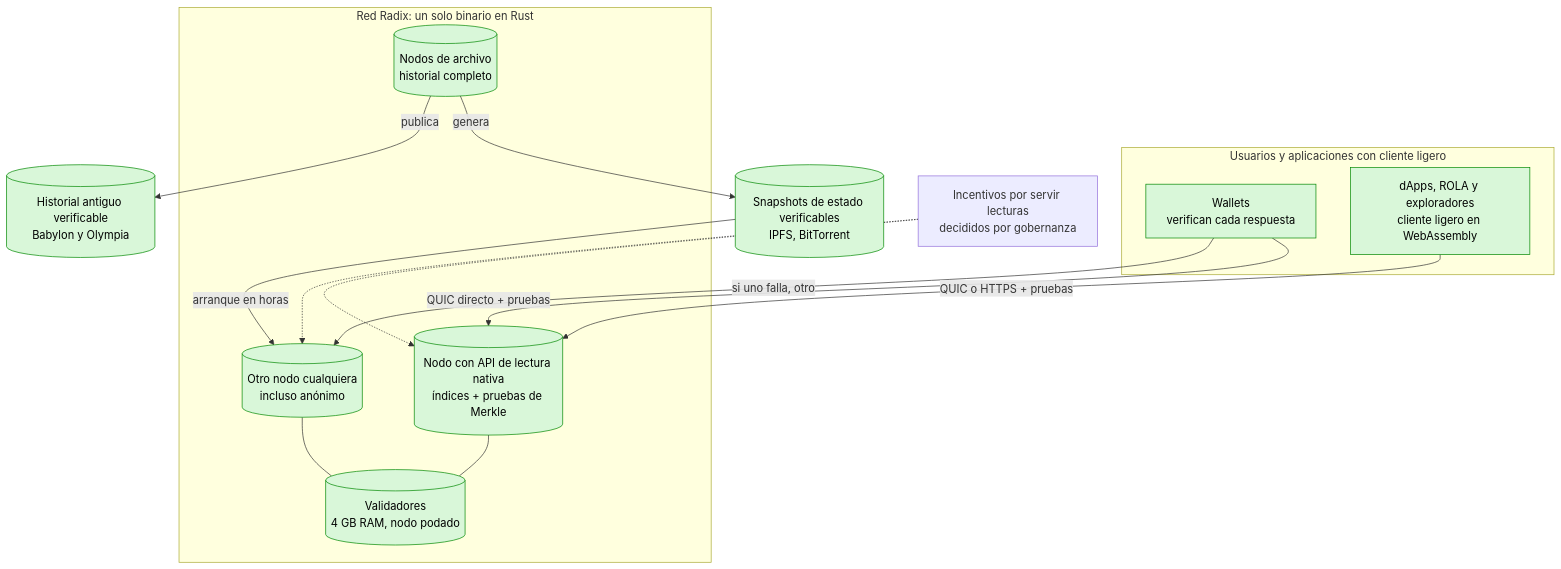
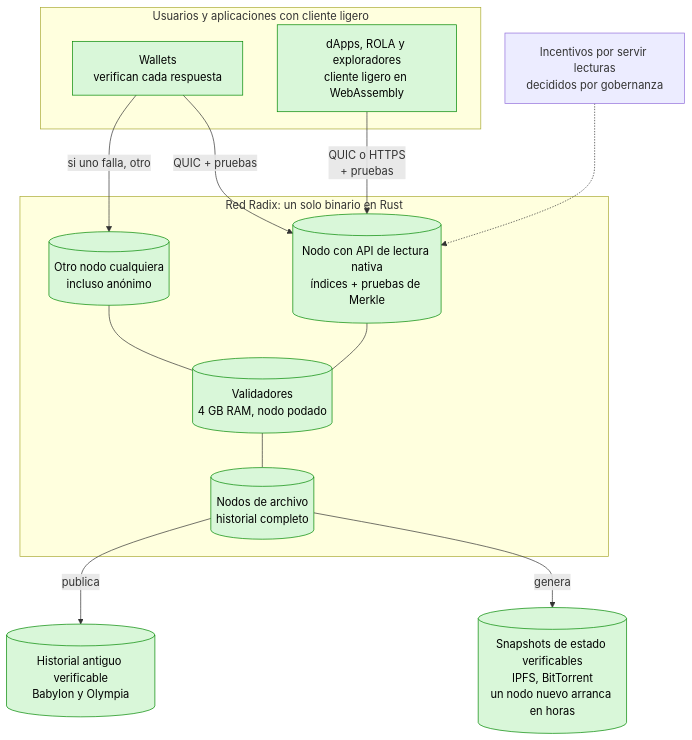
The fifth of 7 diagrams in docs/es/06-solucion-recomendada.md (dazligth/radix-decentralization-roadmap), drawn with Mermaid before and after one commit. The commit also changed other lines of this file and 9 other files, not shown here.

First line of the commit message:
Redesign diagrams for readability on GitHub

````diff
--- a/docs/es/06-solucion-recomendada.md
+++ b/docs/es/06-solucion-recomendada.md
@@ -202,28 +186,27 @@
 ```mermaid
 flowchart TB
     subgraph APPS["Usuarios y aplicaciones con cliente ligero"]
         W["Wallets<br/>verifican cada respuesta"]
         DAPP["dApps, ROLA y exploradores<br/>cliente ligero en WebAssembly"]
     end
     subgraph NET["Red Radix: un solo binario en Rust"]
+        N2[("Otro nodo cualquiera<br/>incluso anónimo")]
+        N1[("Nodo con API de lectura nativa<br/>índices + pruebas de Merkle")]
         V[("Validadores<br/>4 GB RAM, nodo podado")]
-        N1[("Nodo con API de lectura nativa<br/>índices + pruebas de Merkle")]
-        N2[("Otro nodo cualquiera<br/>incluso anónimo")]
         A[("Nodos de archivo<br/>historial completo")]
+        N1 --- V
+        N2 --- V
+        V --- A
     end
-    SNAP[("Snapshots de estado verificables<br/>IPFS, BitTorrent")]
+    SNAP[("Snapshots de estado verificables<br/>IPFS, BitTorrent<br/>un nodo nuevo arranca en horas")]
     HIST[("Historial antiguo verificable<br/>Babylon y Olympia")]
     INC["Incentivos por servir lecturas<br/>decididos por gobernanza"]
-    W -- "QUIC directo + pruebas" --> N1
-    W -- "si uno falla, otro" --> N2
-    DAPP -- "QUIC o HTTPS + pruebas" --> N1
-    N1 --- V
-    N2 --- V
-    A -- "genera" --> SNAP
-    SNAP -- "arranque en horas" --> N2
-    A -- "publica" --> HIST
+    W -->|"QUIC + pruebas"| N1
+    W -->|"si uno falla, otro"| N2
+    DAPP -->|"QUIC o HTTPS<br/>+ pruebas"| N1
     INC -.-> N1
-    INC -.-> N2
+    A -->|"genera"| SNAP
+    A -->|"publica"| HIST
     classDef good fill:#d9f7d9,stroke:#080,color:#000
     class W,DAPP,V,N1,N2,A,SNAP,HIST good
 ```
````
